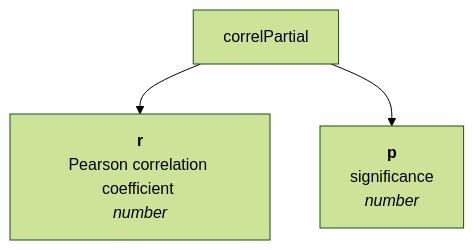
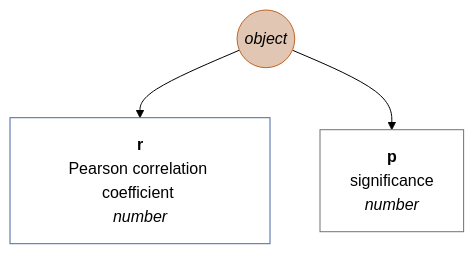
One commit to muzikp/retusa changed the fifth of 13 diagrams in docs/en-GB/matrix.md. Above: the diagram before and after it, drawn with Mermaid (forest theme). The commit also changed other lines of this file and 17 other files, not shown here.

````diff
--- a/docs/en-GB/matrix.md
+++ b/docs/en-GB/matrix.md
@@ -231,6 +256,13 @@
 ```mermaid
 graph TD
+correlPartial((<i>object</i>))
+style correlPartial fill:#E1C6B3;
+style correlPartial stroke:#C36422;
 correlPartial --> r[<b>r</b><br>Pearson correlation coefficient <br><i>number</i>]
+style r fill:#FFFFFF;
+style r stroke:#4967A4;
 correlPartial --> p[<b>p</b><br>significance <br><i>number</i>]
+style p fill:#FFFFFF;
+style p stroke:#75716F;
 
 ```
````
